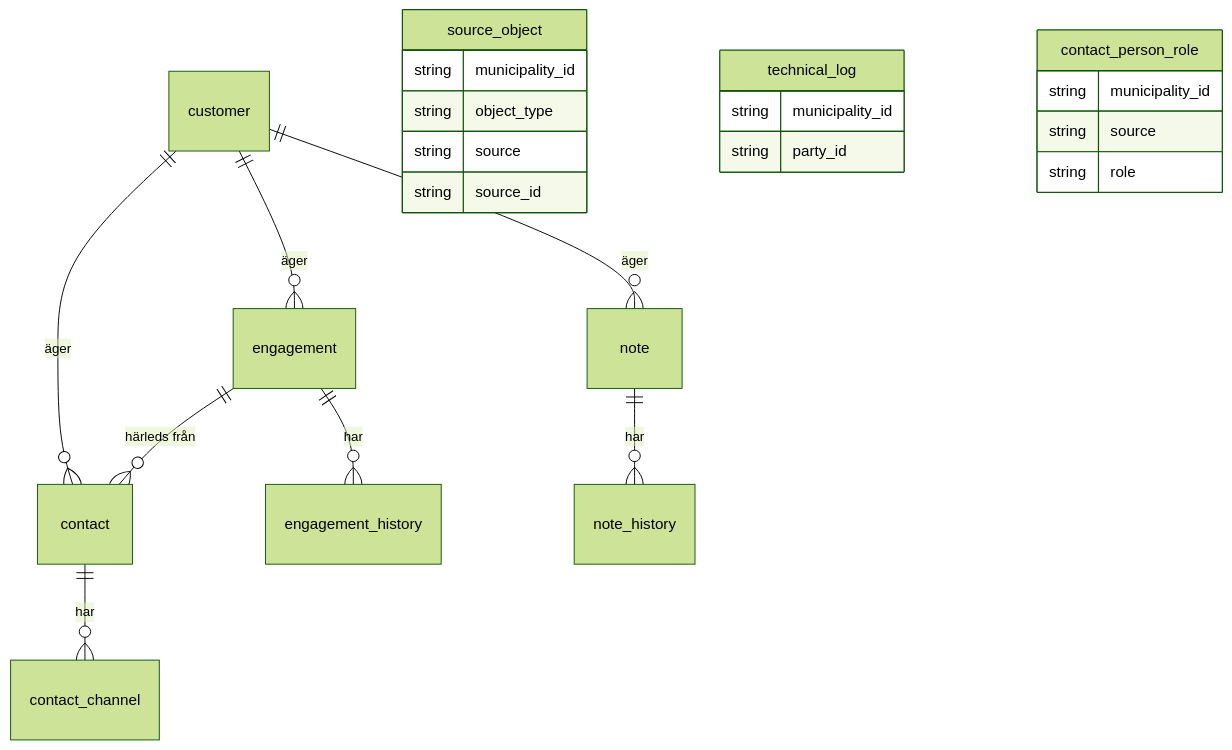
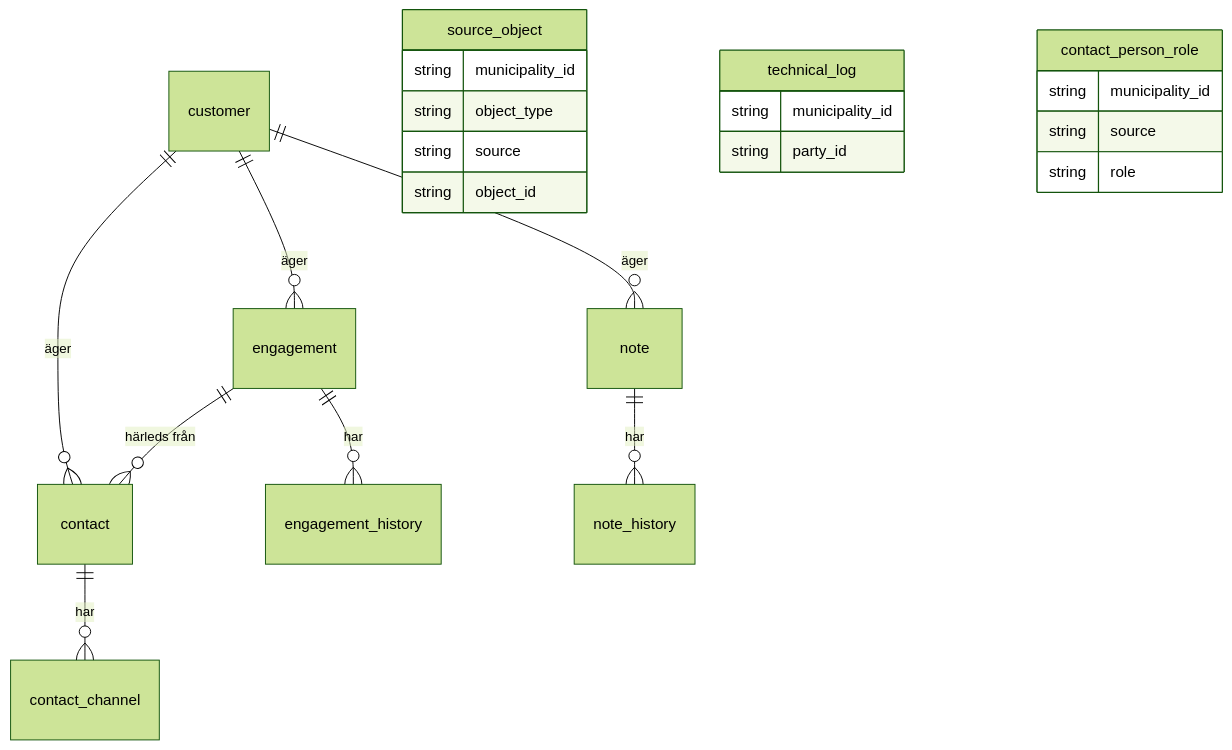
One commit to Sundsvallskommun/api-service-party-overview changed the second of 2 diagrams in docs/arkitektur.md. Above: the diagram before and after it, drawn with Mermaid (forest theme). The commit also changed other lines of this file, not shown here.

````diff
--- a/docs/arkitektur.md
+++ b/docs/arkitektur.md
@@ -391,25 +433,25 @@
 ```mermaid
 erDiagram
     customer ||--o{ engagement : "äger"
     customer ||--o{ contact : "äger"
     customer ||--o{ note : "äger"
     engagement ||--o{ engagement_history : "har"
     engagement ||--o{ contact : "härleds från"
     contact ||--o{ contact_channel : "har"
     note ||--o{ note_history : "har"
     source_object {
         string municipality_id
         string object_type
         string source
-        string source_id
+        string object_id
     }
     technical_log {
         string municipality_id
         string party_id
     }
     contact_person_role {
         string municipality_id
         string source
         string role
     }
 ```
````
